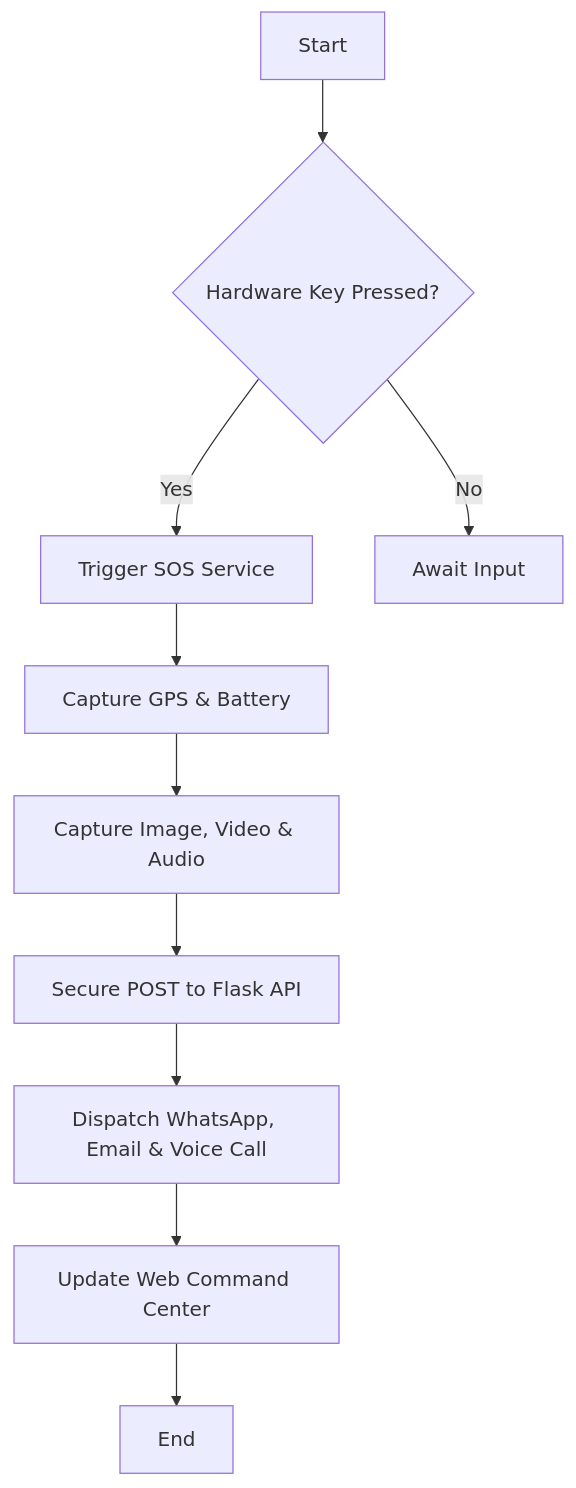
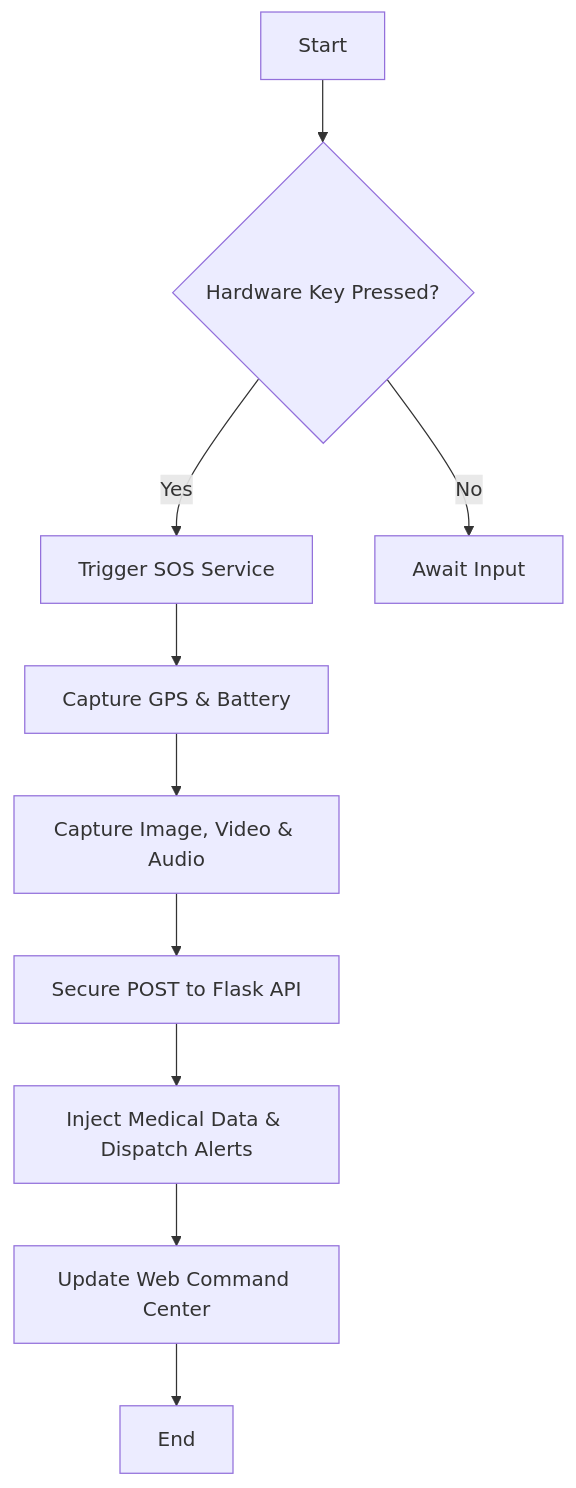
Before and after one commit to Kumar2029/Emergency-Alert-App: the first of 4 diagrams in Guardian_Elite_Final_Report.md, drawn with Mermaid. The commit also changed other lines of this file, not shown here.

Commit message:
Docs: Update project report with medical data injection and JWT hardening

````diff
--- a/Guardian_Elite_Final_Report.md
+++ b/Guardian_Elite_Final_Report.md
@@ -87,12 +88,12 @@
 ```mermaid
 graph TD
     A[Start] --> B{Hardware Key Pressed?}
     B -- Yes --> C[Trigger SOS Service]
     B -- No --> D[Await Input]
     C --> E[Capture GPS & Battery]
     E --> F[Capture Image, Video & Audio]
     F --> G[Secure POST to Flask API]
-    G --> H[Dispatch WhatsApp, Email & Voice Call]
+    G --> H[Inject Medical Data & Dispatch Alerts]
     H --> I[Update Web Command Center]
     I --> J[End]
 ```
````
